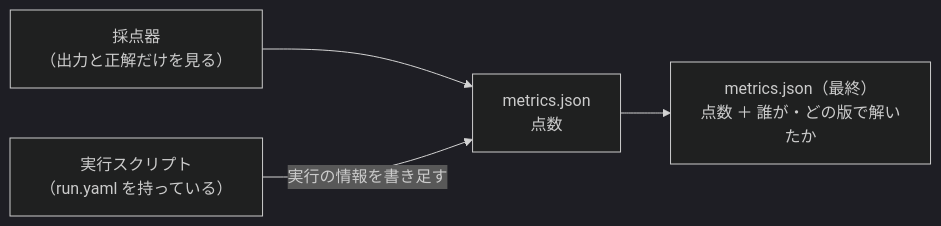
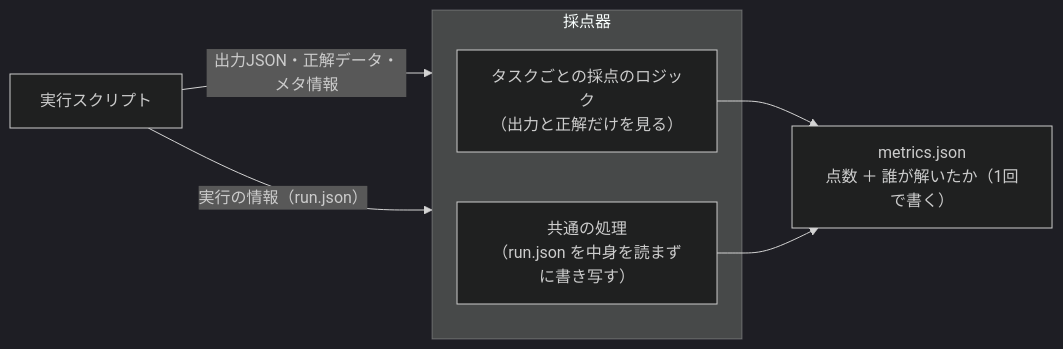
One commit to mgmaru/tcg-buylist-eval changed the diagram in docs/adr/0018-results-include-subject-info.md. Above: the diagram before and after it, drawn with Mermaid (dark theme). The commit also changed other lines of this file and 9 other files, not shown here.

````diff
--- a/docs/adr/0018-results-include-subject-info.md
+++ b/docs/adr/0018-results-include-subject-info.md
@@ -26,6 +28,11 @@
 ```mermaid
 flowchart LR
-    G["採点器<br/>（出力と正解だけを見る）"] --> M["metrics.json<br/>点数"]
-    R["実行スクリプト<br/>（run.yaml を持っている）"] -- "実行の情報を書き足す" --> M
-    M --> MF["metrics.json（最終）<br/>点数 ＋ 誰が・どの版で解いたか"]
+    R["実行スクリプト"] -- "出力JSON・正解データ・メタ情報" --> G
+    R -- "実行の情報（run.json）" --> G
+    subgraph G["採点器"]
+        L["タスクごとの採点のロジック<br/>（出力と正解だけを見る）"]
+        C["共通の処理<br/>（run.json を中身を読まずに書き写す）"]
+    end
+    L --> M["metrics.json<br/>点数 ＋ 誰が解いたか（1回で書く）"]
+    C --> M
 ```
````
